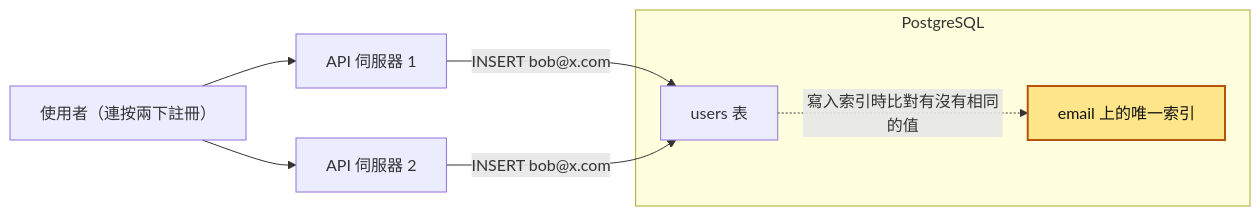
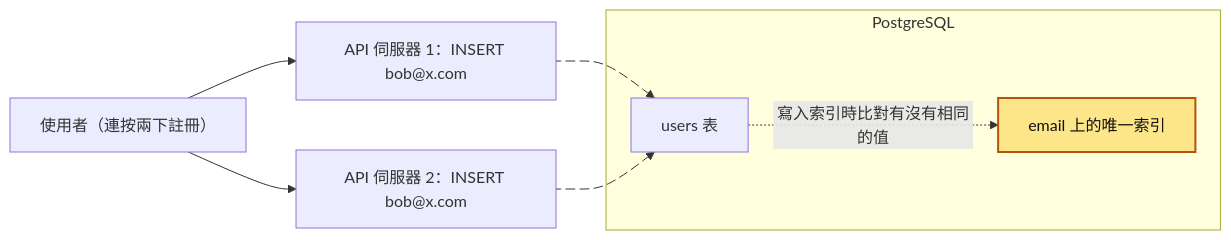
Before and after one commit to TLOGBen/BackendBook: the first of 9 diagrams in docs/14-唯一約束.md, drawn with Mermaid. The commit also changed other lines of this file and 125 other files, not shown here.

First line of the commit message:
新人教材：擴充到 59 篇，每篇加上互動主圖、核心理念與閱讀前知識

````diff
--- a/docs/14-唯一約束.md
+++ b/docs/14-唯一約束.md
@@ -53,14 +75,16 @@
 ```mermaid
 flowchart LR
-    U["使用者（連按兩下註冊）"] --> A1["API 伺服器 1"]
-    U --> A2["API 伺服器 2"]
+    U["使用者（連按兩下註冊）"] --> A1["API 伺服器 1：INSERT bob@x.com"]
+    U --> A2["API 伺服器 2：INSERT bob@x.com"]
     subgraph PG["PostgreSQL"]
         T["users 表"]
         IDX["email 上的唯一索引"]
     end
-    A1 -- "INSERT bob@x.com" --> T
-    A2 -- "INSERT bob@x.com" --> T
+    A1 e1@--> T
+    A2 e2@--> T
     T -. "寫入索引時比對有沒有相同的值" .-> IDX
+    e1@{ animate: true }
+    e2@{ animate: true }
     classDef hot fill:#fde68a,stroke:#b45309,stroke-width:2px,color:#111
     class IDX hot
 ```
````
